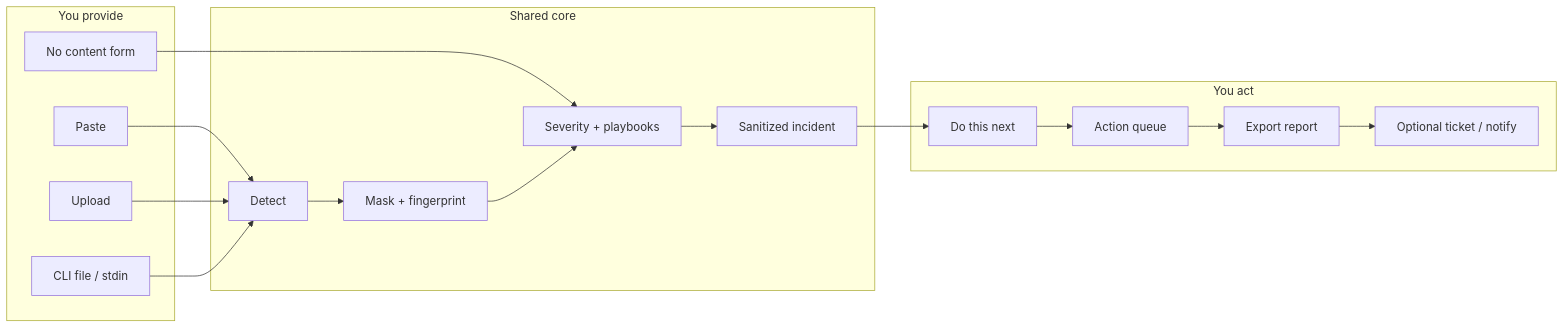
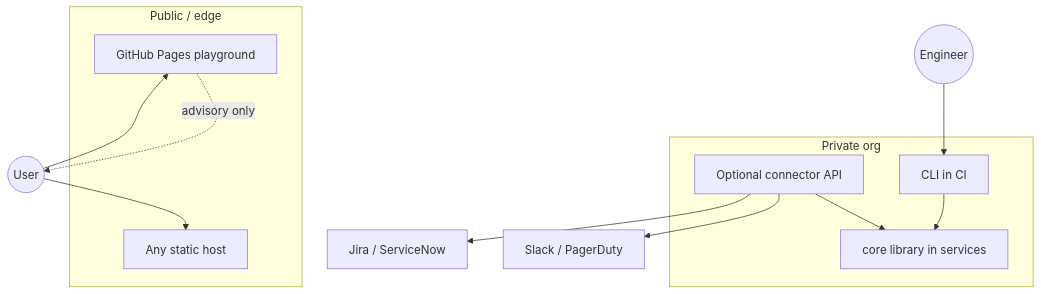
The first of 3 diagrams in README.md (amulyavarshney/Secret-Exposure-Response-Assistant), drawn with Mermaid before and after one commit. The commit also changed other lines of this file and 81 other files, not shown here.

First line of the commit message:
Add Vite playground, Pages deploy, and production docs.

````diff
--- a/README.md
+++ b/README.md
@@ -116,30 +45,22 @@
 ```mermaid
-flowchart LR
-  subgraph input [You provide]
-    Paste[Paste]
-    Upload[Upload]
-    Guided[No content form]
-    Cli[CLI file / stdin]
+flowchart TB
+  subgraph public [Public / edge]
+    Pages[GitHub Pages playground]
+    CDN[Any static host]
   end
 
-  subgraph core [Shared core]
-    Detect[Detect]
-    Mask[Mask + fingerprint]
-    Plan[Severity + playbooks]
-    Incident[Sanitized incident]
+  subgraph private [Private org]
+    CLI[CLI in CI]
+    CoreLib[core library in services]
+    ConnAPI[Optional connector API]
   end
 
-  subgraph out [You act]
-    Next[Do this next]
-    Queue[Action queue]
-    Export[Export report]
-    Ticket[Optional ticket / notify]
-  end
-
-  Paste --> Detect
-  Upload --> Detect
-  Guided --> Plan
-  Cli --> Detect
-  Detect --> Mask --> Plan --> Incident
-  Incident --> Next --> Queue --> Export --> Ticket
+  User((User)) --> Pages
+  User --> CDN
+  Engineer((Engineer)) --> CLI
+  ConnAPI --> Jira[Jira / ServiceNow]
+  ConnAPI --> Notify[Slack / PagerDuty]
+  Pages -.->|advisory only| User
+  CLI --> CoreLib
+  ConnAPI --> CoreLib
 ```
````
